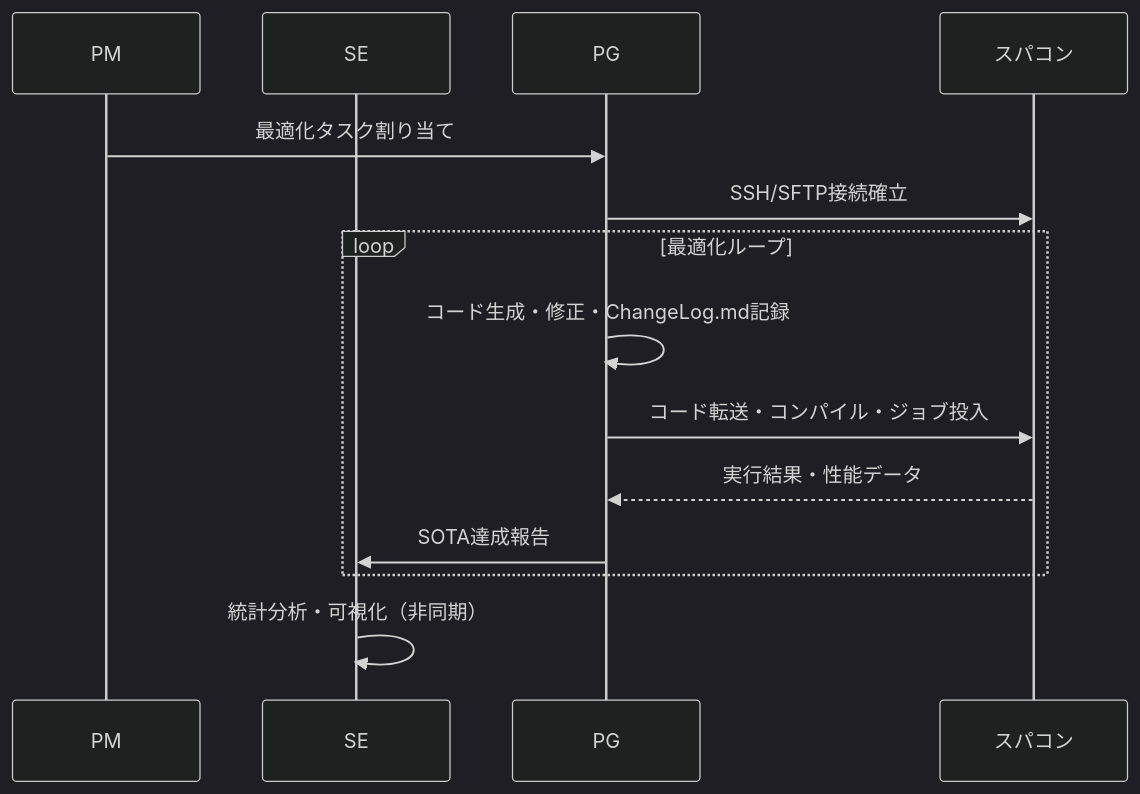
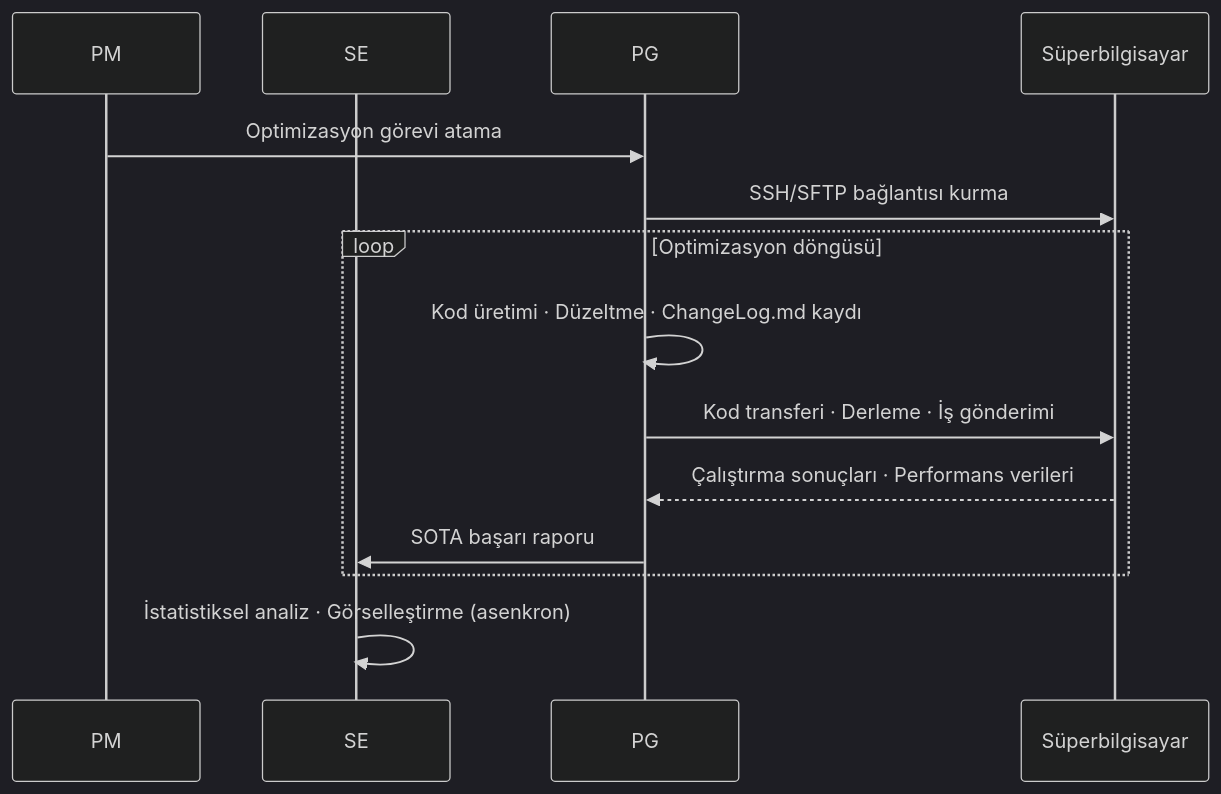
The third of 3 diagrams in README.md (erkinalp/VibeCodeHPC-tr), drawn with Mermaid (dark theme) before and after one commit. The commit also changed other lines of this file and 40 other files, not shown here.

````diff
--- a/README.md
+++ b/README.md
@@ -158,19 +158,19 @@
 ```mermaid
 sequenceDiagram
     participant PM as PM
     participant SE as SE
     participant PG as PG
-    participant HPC as スパコン
+    participant HPC as Süperbilgisayar
     
-    PM->>PG: 最適化タスク割り当て
-    PG->>HPC: SSH/SFTP接続確立
+    PM->>PG: Optimizasyon görevi atama
+    PG->>HPC: SSH/SFTP bağlantısı kurma
     
-    loop 最適化ループ
-        PG->>PG: コード生成・修正・ChangeLog.md記録
-        PG->>HPC: コード転送・コンパイル・ジョブ投入
-        HPC-->>PG: 実行結果・性能データ
-        PG->>SE: SOTA達成報告
+    loop Optimizasyon döngüsü
+        PG->>PG: Kod üretimi · Düzeltme · ChangeLog.md kaydı
+        PG->>HPC: Kod transferi · Derleme · İş gönderimi
+        HPC-->>PG: Çalıştırma sonuçları · Performans verileri
+        PG->>SE: SOTA başarı raporu
     end
     
-    SE->>SE: 統計分析・可視化（非同期）
+    SE->>SE: İstatistiksel analiz · Görselleştirme (asenkron)
 ```
````
